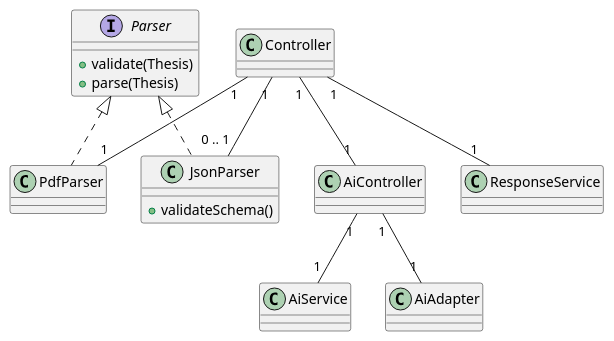
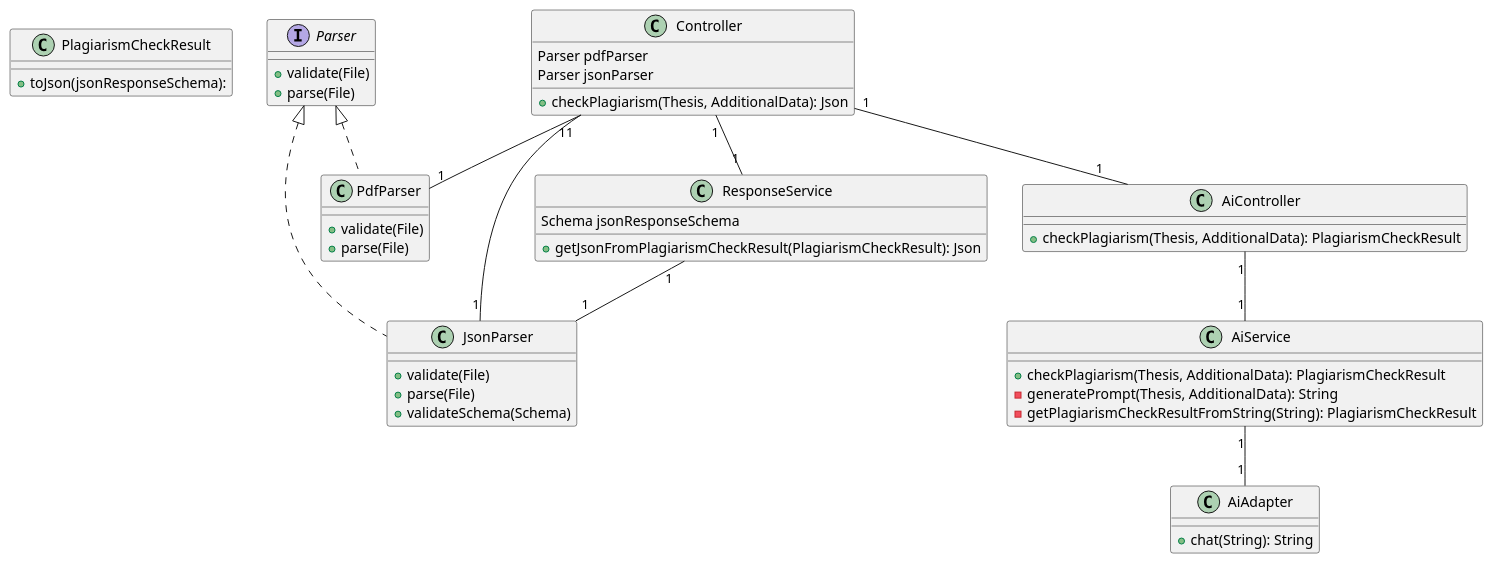
Before and after one commit to DHBW-FN/ti21-sweng2: the diagram in diagrams/classes.puml, drawn with PlantUML. The commit also changed 1 other file, not shown here.

Commit message:
feat(diagrams): Add class diagram

```diff
--- a/diagrams/classes.puml
+++ b/diagrams/classes.puml
@@ -1,29 +1,54 @@
 @startuml Klassendiagramm
-interface Parser {
-    +validate(Thesis)
-    +parse(Thesis)
+class PlagiarismCheckResult {
+    +toJson(jsonResponseSchema):
 }
 
-class PdfParser implements Parser
+interface Parser {
+    +validate(File)
+    +parse(File)
+}
+
+class PdfParser implements Parser {
+    +validate(File)
+    +parse(File)
+}
 
 class JsonParser implements Parser {
-    +validateSchema()
+    +validate(File)
+    +parse(File)
+    +validateSchema(Schema)
 }
 
-class Controller
+class Controller {
+    Parser pdfParser
+    Parser jsonParser
+    +checkPlagiarism(Thesis, AdditionalData): Json
+}
 
-class AiController
+class AiController {
+    +checkPlagiarism(Thesis, AdditionalData): PlagiarismCheckResult
+}
 
-class AiService
+class AiService {
+    +checkPlagiarism(Thesis, AdditionalData): PlagiarismCheckResult
+    -generatePrompt(Thesis, AdditionalData): String
+    -getPlagiarismCheckResultFromString(String): PlagiarismCheckResult
+}
 
-class AiAdapter
+class AiAdapter {
+    +chat(String): String
+}
 
-class ResponseService
+class ResponseService {
+    Schema jsonResponseSchema
+    +getJsonFromPlagiarismCheckResult(PlagiarismCheckResult): Json
+}
 
 Controller "1" -- "1" PdfParser
-Controller "1" -- "0 .. 1" JsonParser
+Controller "1" -- "1" JsonParser
 Controller "1" -- "1" AiController
 AiController "1" -- "1" AiService
-AiController "1" -- "1" AiAdapter
+AiService "1" -- "1" AiAdapter
 Controller "1" -- "1" ResponseService
+ResponseService "1" -- "1" JsonParser
 @enduml
```
